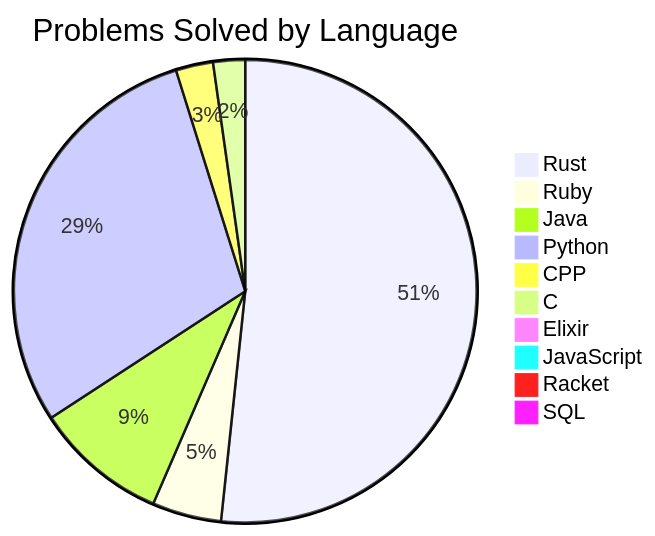
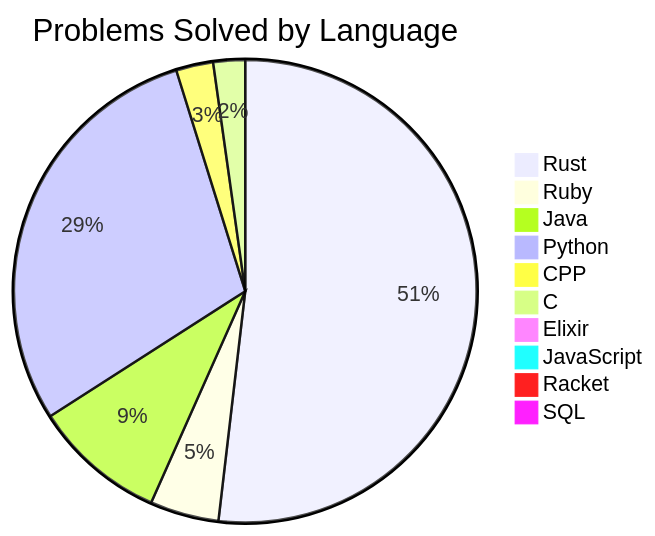
One commit to Liam-Wirth/leetcode-solutions changed the second of 2 diagrams in README.md. Above: the diagram before and after it, drawn with Mermaid. The commit also changed other lines of this file and 3 other files, not shown here.

````diff
--- a/README.md
+++ b/README.md
@@ -46,13 +46,13 @@
 ```mermaid
 pie title Problems Solved by Language
-    "Rust": 139
+    "Rust": 140
     "Ruby": 13
     "Java": 25
     "Python": 79
     "CPP": 7
     "C": 6
     "Elixir": 1
     "JavaScript": 2
     "Racket": 1
     "SQL": 2
 ```
````
